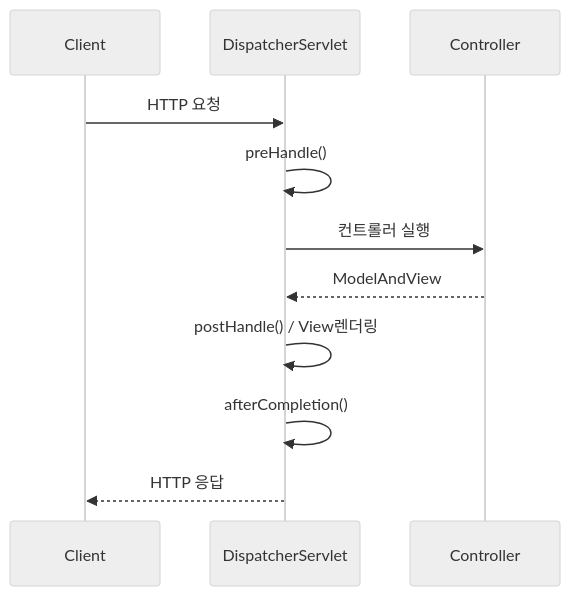
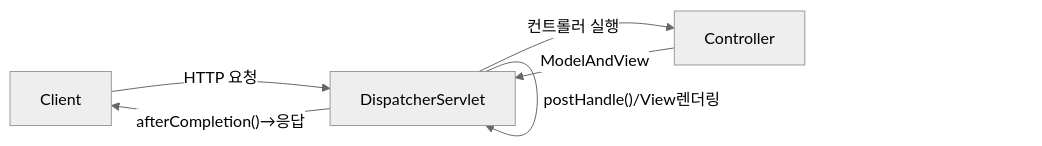
One commit to yjkim2015/yjkim2015.github.io changed the third of 6 diagrams in _posts/spring/2026-05-01-spring-mvc.md. Above: the diagram before and after it, drawn with Mermaid (neutral theme). The commit also changed 32 other files, not shown here.

First line of the commit message:
sequenceDiagram 82개 → graph LR 변환 완료

````diff
--- a/_posts/spring/2026-05-01-spring-mvc.md
+++ b/_posts/spring/2026-05-01-spring-mvc.md
@@ -57,13 +57,9 @@
 ```mermaid
-sequenceDiagram
-    participant C as Client
-    participant DS as DispatcherServlet
-    participant CM as Controller
-    C->>DS: HTTP 요청
-    DS->>DS: preHandle()
-    DS->>CM: 컨트롤러 실행
-    CM-->>DS: ModelAndView
-    DS->>DS: postHandle() / View렌더링
-    DS->>DS: afterCompletion()
-    DS-->>C: HTTP 응답
+graph LR
+    C["Client"] -->|"HTTP 요청"| DS["DispatcherServlet"]
+    DS -->|"preHandle()"| DS
+    DS -->|"컨트롤러 실행"| CM["Controller"]
+    CM -->|"ModelAndView"| DS
+    DS -->|"postHandle()/View렌더링"| DS
+    DS -->|"afterCompletion()→응답"| C
 ```
````
